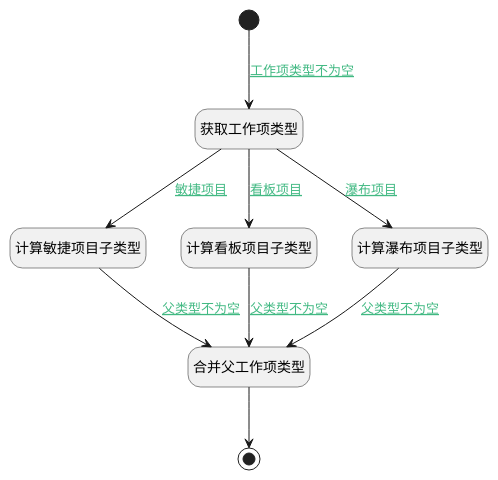
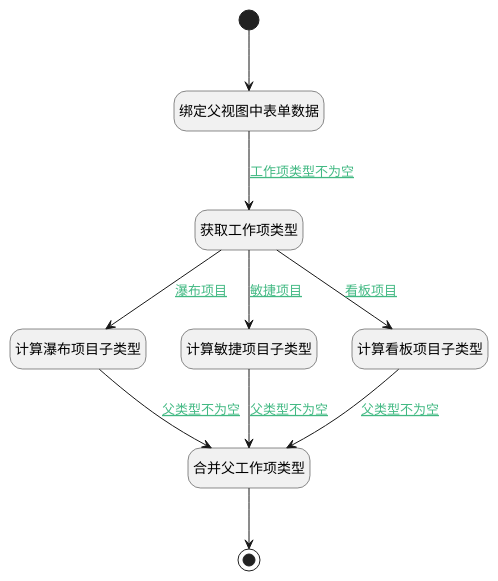
The diagram in doc/docsify/module/ProjMgmt/work_item/uilogic/calc_children_work_item_type_context.md (iBizLab/plm), drawn with PlantUML before and after one commit. The commit also changed other lines of this file and 2344 other files, not shown here.

````diff
--- a/doc/docsify/module/ProjMgmt/work_item/uilogic/calc_children_work_item_type_context.md
+++ b/doc/docsify/module/ProjMgmt/work_item/uilogic/calc_children_work_item_type_context.md
@@ -7,31 +7,33 @@
 ```plantuml
 @startuml
 hide footbox
 <style>
 root {
   HyperlinkColor #42b983
 }
 </style>
 
 hide empty description
 state "开始" as Begin <<start>> [[$./calc_children_work_item_type_context#begin {开始}]]
+state "合并父工作项类型" as PREPAREJSPARAM2  [[$./calc_children_work_item_type_context#preparejsparam2 {合并父工作项类型}]]
+state "计算瀑布项目子类型" as RAWJSCODE2  [[$./calc_children_work_item_type_context#rawjscode2 {计算瀑布项目子类型}]]
+state "计算敏捷项目子类型" as RAWJSCODE3  [[$./calc_children_work_item_type_context#rawjscode3 {计算敏捷项目子类型}]]
 state "获取工作项类型" as PREPAREJSPARAM1  [[$./calc_children_work_item_type_context#preparejsparam1 {获取工作项类型}]]
+state "绑定父视图中表单数据" as PREPAREJSPARAM3  [[$./calc_children_work_item_type_context#preparejsparam3 {绑定父视图中表单数据}]]
+state "计算看板项目子类型" as RAWJSCODE1  [[$./calc_children_work_item_type_context#rawjscode1 {计算看板项目子类型}]]
 state "结束" as END1 <<end>> [[$./calc_children_work_item_type_context#end1 {结束}]]
-state "计算敏捷项目子类型" as RAWJSCODE3  [[$./calc_children_work_item_type_context#rawjscode3 {计算敏捷项目子类型}]]
-state "计算看板项目子类型" as RAWJSCODE1  [[$./calc_children_work_item_type_context#rawjscode1 {计算看板项目子类型}]]
-state "计算瀑布项目子类型" as RAWJSCODE2  [[$./calc_children_work_item_type_context#rawjscode2 {计算瀑布项目子类型}]]
-state "合并父工作项类型" as PREPAREJSPARAM2  [[$./calc_children_work_item_type_context#preparejsparam2 {合并父工作项类型}]]
 
 
-Begin --> PREPAREJSPARAM1 : [[$./calc_children_work_item_type_context#begin-preparejsparam1{工作项类型不为空} 工作项类型不为空]]
+Begin --> PREPAREJSPARAM3
+PREPAREJSPARAM3 --> PREPAREJSPARAM1 : [[$./calc_children_work_item_type_context#preparejsparam3-preparejsparam1{工作项类型不为空} 工作项类型不为空]]
 PREPAREJSPARAM1 --> RAWJSCODE1 : [[$./calc_children_work_item_type_context#preparejsparam1-rawjscode1{看板项目} 看板项目]]
 RAWJSCODE1 --> PREPAREJSPARAM2 : [[$./calc_children_work_item_type_context#rawjscode1-preparejsparam2{父类型不为空} 父类型不为空]]
 PREPAREJSPARAM2 --> END1
 PREPAREJSPARAM1 --> RAWJSCODE2 : [[$./calc_children_work_item_type_context#preparejsparam1-rawjscode2{瀑布项目} 瀑布项目]]
 RAWJSCODE2 --> PREPAREJSPARAM2 : [[$./calc_children_work_item_type_context#rawjscode2-preparejsparam2{父类型不为空} 父类型不为空]]
 PREPAREJSPARAM1 --> RAWJSCODE3 : [[$./calc_children_work_item_type_context#preparejsparam1-rawjscode3{敏捷项目} 敏捷项目]]
 RAWJSCODE3 --> PREPAREJSPARAM2 : [[$./calc_children_work_item_type_context#rawjscode3-preparejsparam2{父类型不为空} 父类型不为空]]
 
 
 @enduml
 ```
````
